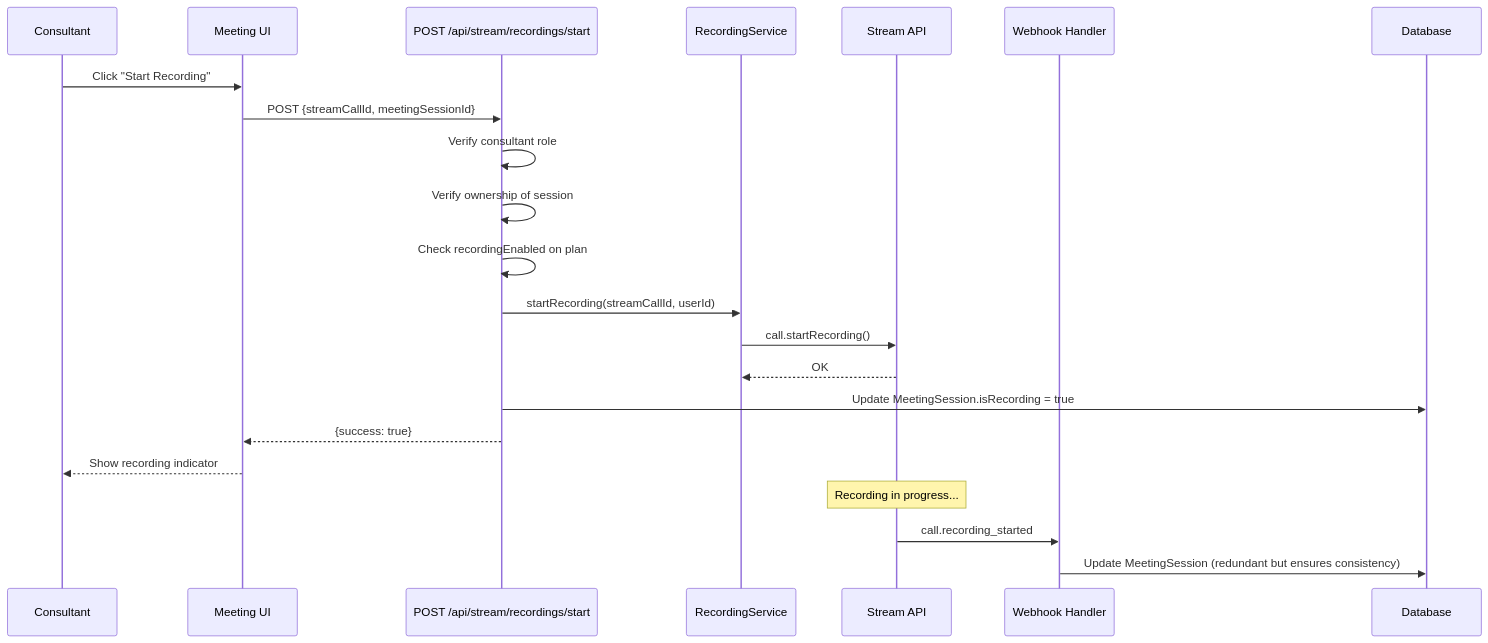
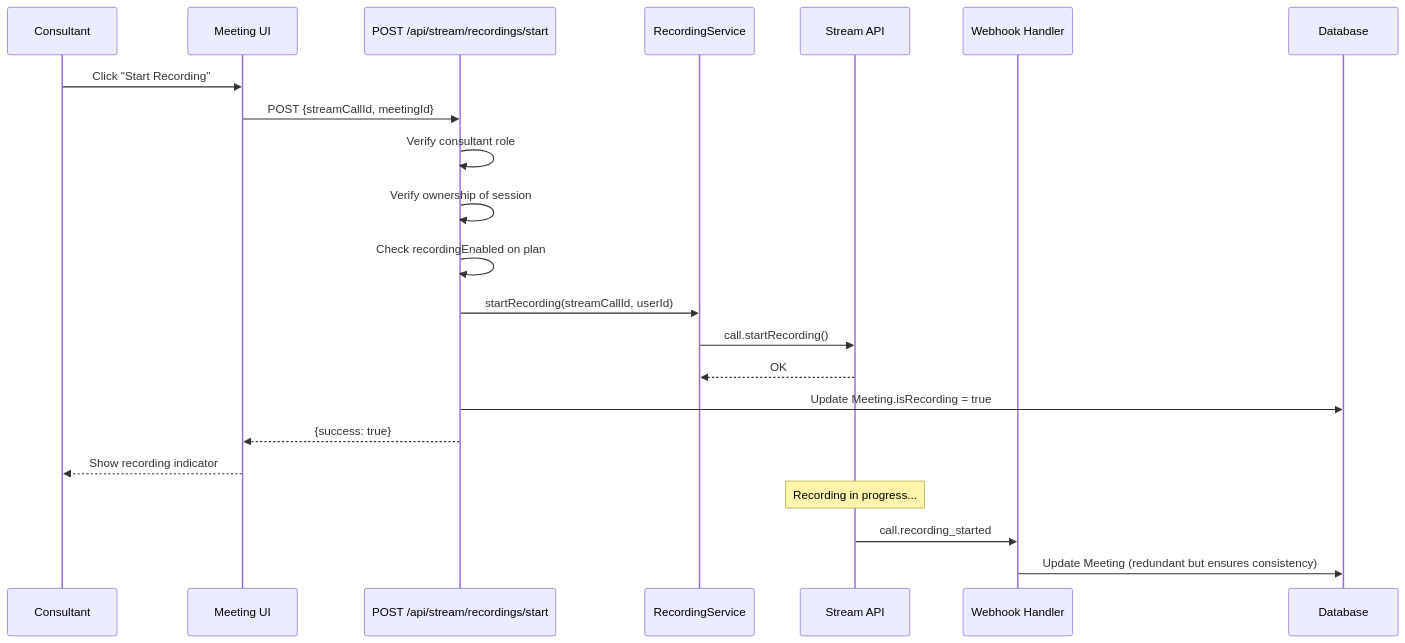
One commit to Practitionist/familiarise_web changed the fourth of 7 diagrams in docs/stream/13-recording-webhooks.md. Above: the diagram before and after it, drawn with Mermaid. The commit also changed other lines of this file and 107 other files, not shown here.

Commit message:
docs(vocabulary): the scheduling glossary, booking, feedback, support, stream and review docs speak AppointmentOccurrence, Meeting and Trial (#1554)

````diff
--- a/docs/stream/13-recording-webhooks.md
+++ b/docs/stream/13-recording-webhooks.md
@@ -258,30 +258,30 @@
 ```mermaid
 sequenceDiagram
     participant C as Consultant
     participant UI as Meeting UI
     participant API as POST /api/stream/recordings/start
     participant Service as RecordingService
     participant Stream as Stream API
     participant Webhook as Webhook Handler
     participant DB as Database
 
     C->>UI: Click "Start Recording"
-    UI->>API: POST {streamCallId, meetingSessionId}
+    UI->>API: POST {streamCallId, meetingId}
 
     API->>API: Verify consultant role
     API->>API: Verify ownership of session
     API->>API: Check recordingEnabled on plan
 
     API->>Service: startRecording(streamCallId, userId)
     Service->>Stream: call.startRecording()
     Stream-->>Service: OK
 
-    API->>DB: Update MeetingSession.isRecording = true
+    API->>DB: Update Meeting.isRecording = true
     API-->>UI: {success: true}
     UI-->>C: Show recording indicator
 
     Note over Stream: Recording in progress...
 
     Stream->>Webhook: call.recording_started
-    Webhook->>DB: Update MeetingSession (redundant but ensures consistency)
+    Webhook->>DB: Update Meeting (redundant but ensures consistency)
 ```
````
